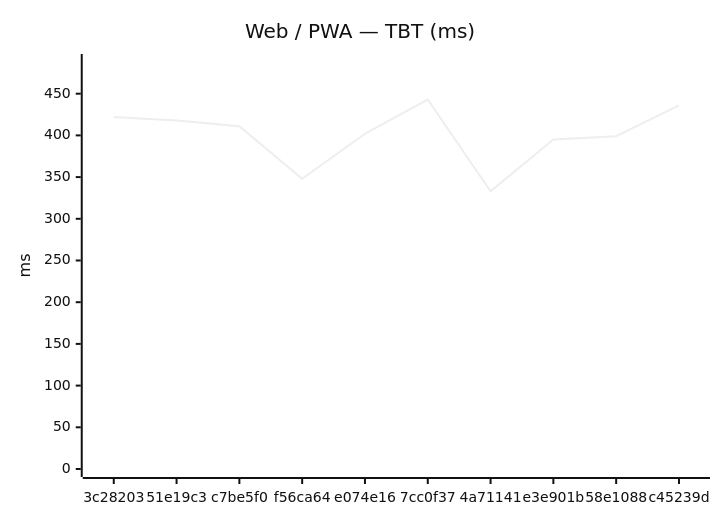
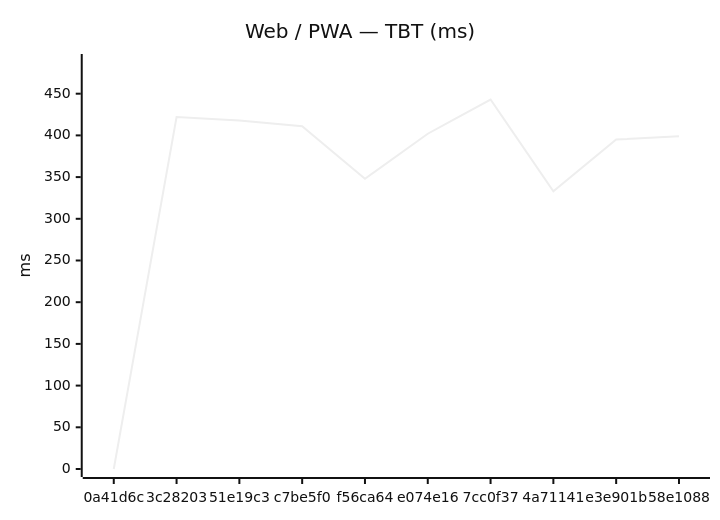
One commit to Metaheurist/Rianell changed the second of 18 diagrams in benchmarks/compare.md. Above: the diagram before and after it, drawn with Mermaid (neutral theme). The commit also changed other lines of this file and 11 other files, not shown here.

````diff
--- a/benchmarks/compare.md
+++ b/benchmarks/compare.md
@@ -31,7 +31,7 @@
 ```mermaid
 xychart-beta
     title "Web / PWA — TBT (ms)"
-    x-axis ["3c28203", "51e19c3", "c7be5f0", "f56ca64", "e074e16", "7cc0f37", "4a71141", "e3e901b", "58e1088", "c45239d"]
+    x-axis ["0a41d6c", "3c28203", "51e19c3", "c7be5f0", "f56ca64", "e074e16", "7cc0f37", "4a71141", "e3e901b", "58e1088"]
     y-axis "ms" 0 --> 488
-    line [422, 418, 411, 348, 402, 443, 333, 395, 399, 436]
+    line [0, 422, 418, 411, 348, 402, 443, 333, 395, 399]
 ```
````
